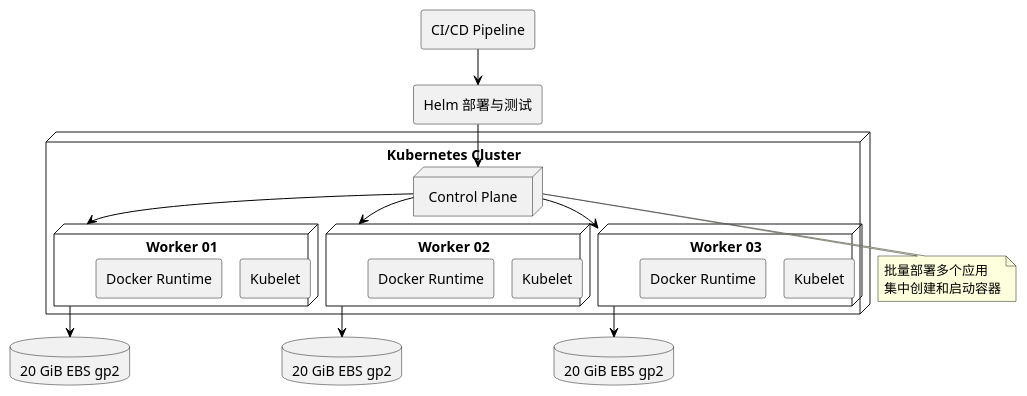
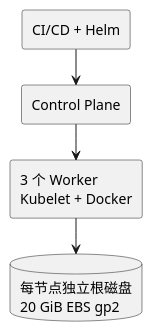
The first of 2 diagrams in src/content/posts/kubernetes-batch-deployment-node-notready-ebs-io.md (i-zrhe2016/blog.zrhe2016.cc), drawn with PlantUML before and after one commit. The commit also changed other lines of this file and 2 other files, not shown here.

Commit message:
content: revise Kubernetes incident review and shorten diagrams

````diff
--- a/src/content/posts/kubernetes-batch-deployment-node-notready-ebs-io.md
+++ b/src/content/posts/kubernetes-batch-deployment-node-notready-ebs-io.md
@@ -39,45 +39,15 @@
-```plantuml CI/CD 批量部署与 Worker 独立根磁盘架构
+```plantuml CI/CD 与节点存储架构概览
 @startuml
 !pragma layout smetana
 skinparam backgroundColor white
 skinparam shadowing false
 skinparam defaultFontName "Microsoft YaHei"
-skinparam componentStyle rectangle
-skinparam ArrowColor black
-skinparam packageStyle rectangle
-
-top to bottom direction
-rectangle "CI/CD Pipeline" as CI
-rectangle "Helm 部署与测试" as Helm
-node "Kubernetes Cluster" {
-  node "Control Plane" as CP
-  node "Worker 01" as W1 {
-    component "Kubelet" as K1
-    component "Docker Runtime" as R1
-  }
-  node "Worker 02" as W2 {
-    component "Kubelet" as K2
-    component "Docker Runtime" as R2
-  }
-  node "Worker 03" as W3 {
-    component "Kubelet" as K3
-    component "Docker Runtime" as R3
-  }
-}
-database "20 GiB EBS gp2" as D1
-database "20 GiB EBS gp2" as D2
-database "20 GiB EBS gp2" as D3
-CI --> Helm
-Helm --> CP
-CP --> W1
-CP --> W2
-CP --> W3
-W1 --> D1
-W2 --> D2
-W3 --> D3
-note bottom of CP
-  批量部署多个应用
-  集中创建和启动容器
-end note
+rectangle "CI/CD + Helm" as CI
+rectangle "Control Plane" as CP
+rectangle "3 个 Worker\nKubelet + Docker" as W
+database "每节点独立根磁盘\n20 GiB EBS gp2" as D
+CI --> CP
+CP --> W
+W --> D
 @enduml
 ```
````
